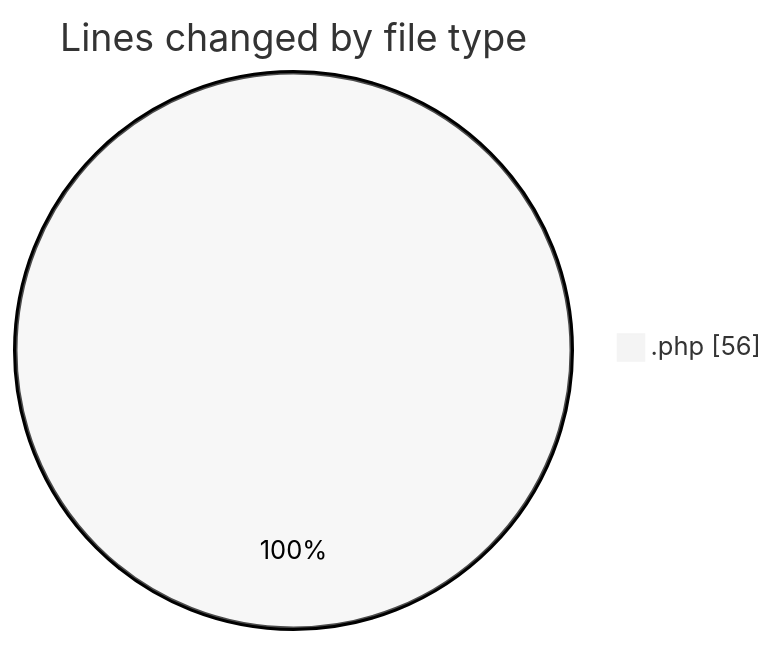
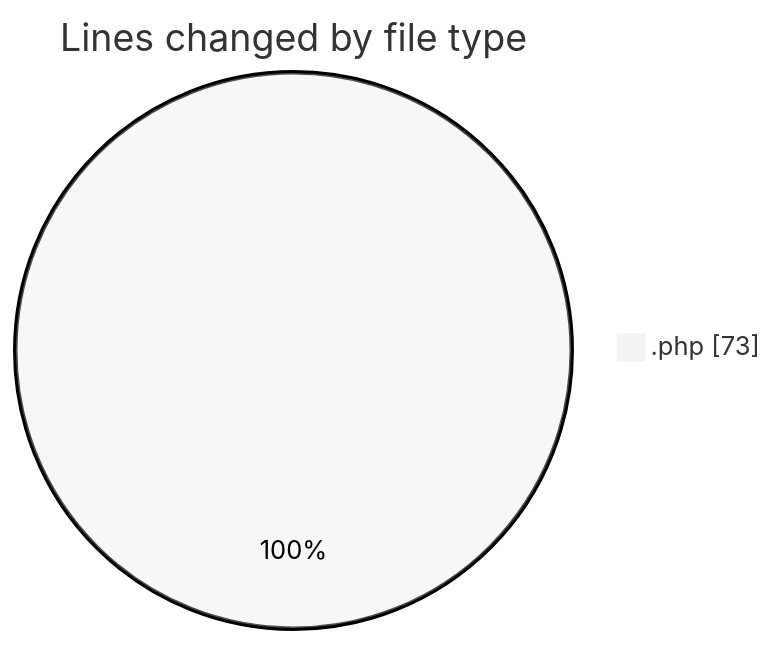
The first of 2 diagrams in 2025-07-01/web/README.md (LanceThiago/code-tracking), drawn with Mermaid (neutral theme) before and after one commit. The commit also changed other lines of this file and 1 other file, not shown here.

````diff
--- a/2025-07-01/web/README.md
+++ b/2025-07-01/web/README.md
@@ -20,5 +20,5 @@
 ```mermaid
 pie showData
 title Lines changed by file type
-".php" : 56
+".php" : 73
 ```
````
